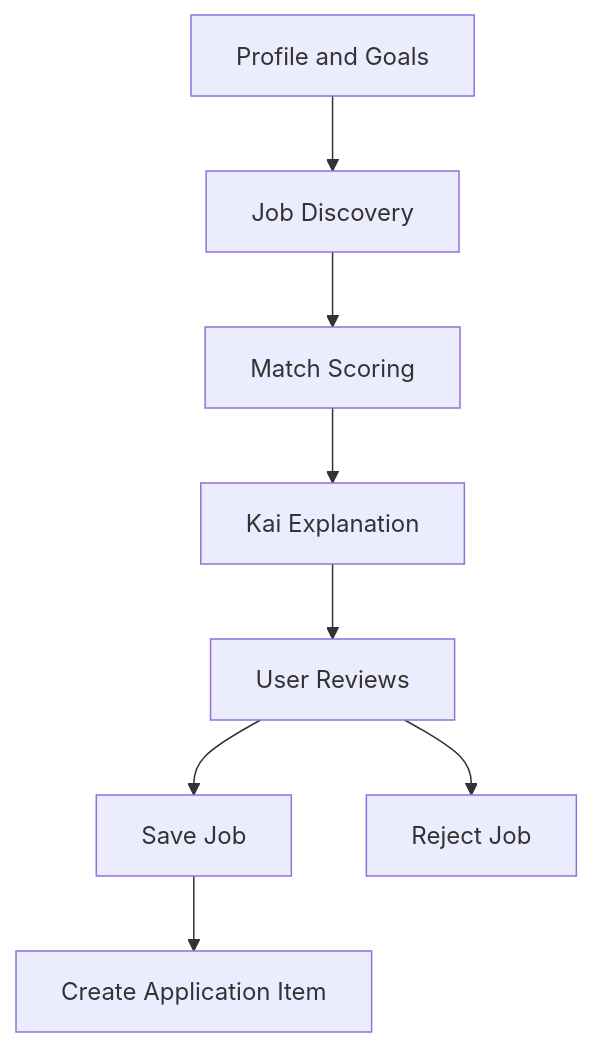
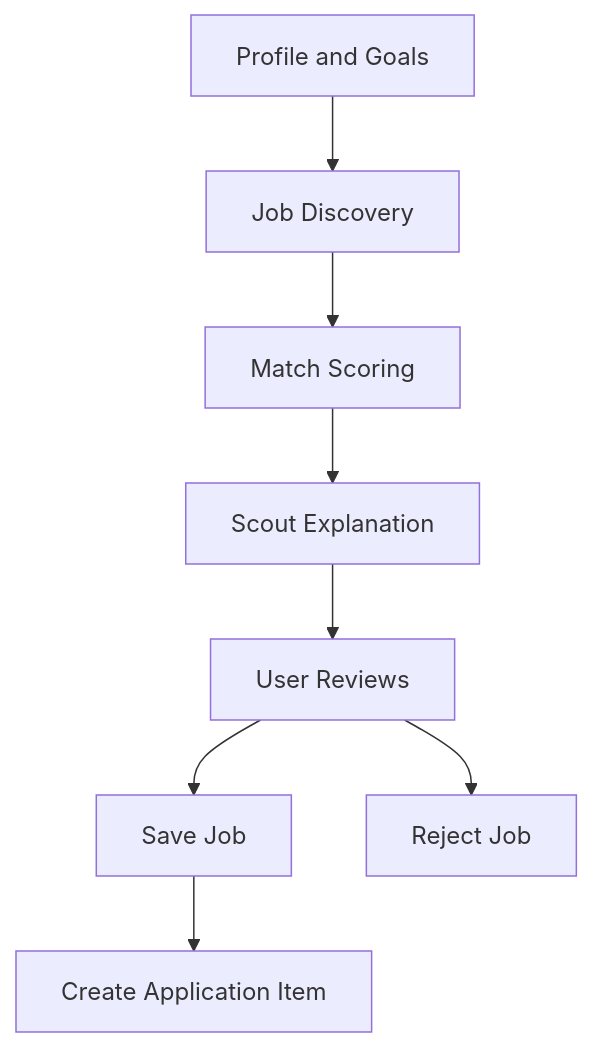
The third of 6 diagrams in docs/MVP_USER_JOURNEYS.md (Mirzzie/Fadi), drawn with Mermaid before and after one commit. The commit also changed other lines of this file and 142 other files, not shown here.

First line of the commit message:
feat!: rename Kai → Scout — the agent that finds what's ahead of you

````diff
--- a/docs/MVP_USER_JOURNEYS.md
+++ b/docs/MVP_USER_JOURNEYS.md
@@ -81,10 +81,10 @@
 ```mermaid
 flowchart TD
     Profile[Profile and Goals] --> Search[Job Discovery]
     Search --> Match[Match Scoring]
-    Match --> Explain[Kai Explanation]
+    Match --> Explain[Scout Explanation]
     Explain --> User[User Reviews]
     User --> Save[Save Job]
     User --> Reject[Reject Job]
     Save --> Track[Create Application Item]
 ```
````
